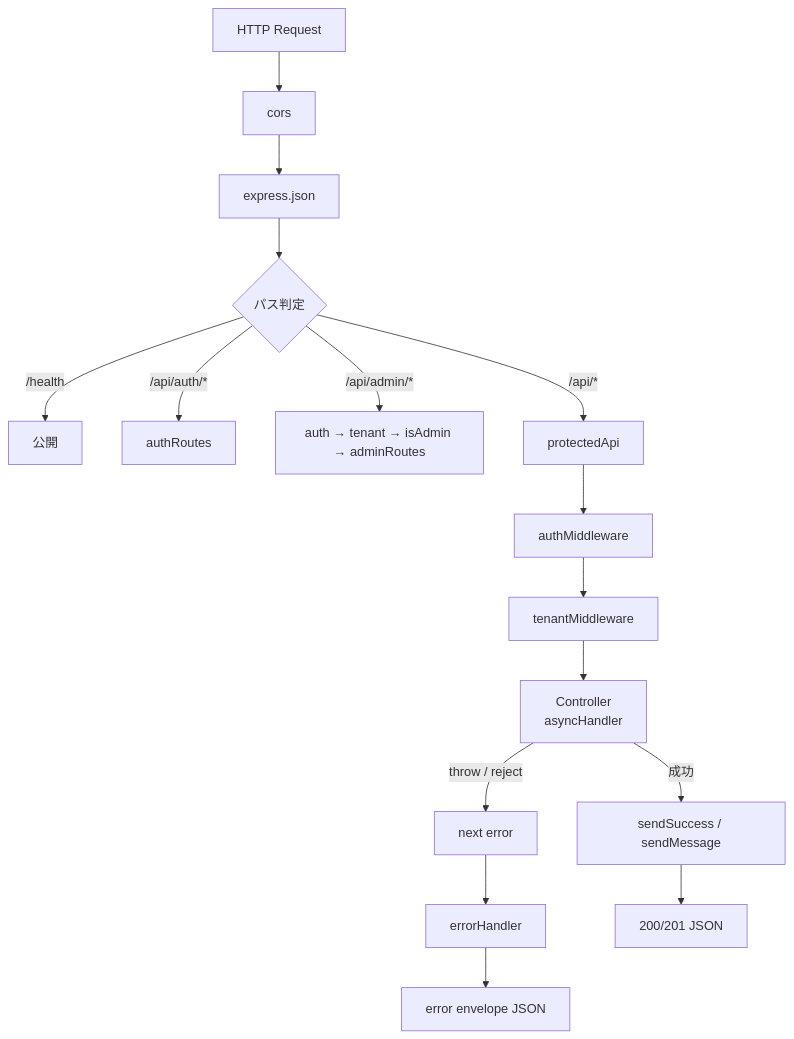
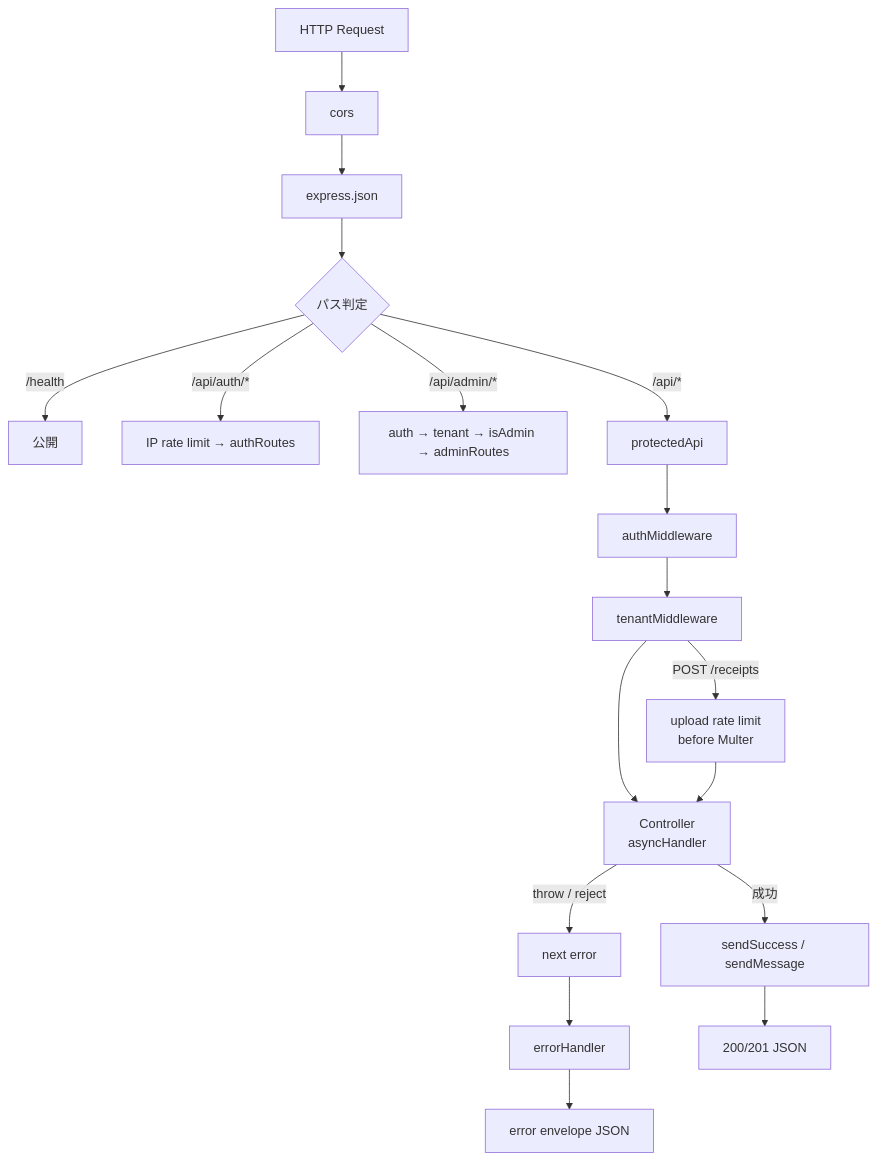
The second of 11 diagrams in docs/design/architecture.md (yama180sx/receipt-ai-app), drawn with Mermaid before and after one commit. The commit also changed other lines of this file and 15 other files, not shown here.

````diff
--- a/docs/design/architecture.md
+++ b/docs/design/architecture.md
@@ -151,21 +151,23 @@
 ```mermaid
 flowchart TB
     REQ[HTTP Request] --> CORS[cors]
     CORS --> JSON[express.json]
     JSON --> ROUTE{パス判定}
 
     ROUTE -->|/health| HEALTH[公開]
-    ROUTE -->|/api/auth/*| AUTH[authRoutes]
+    ROUTE -->|/api/auth/*| AUTH[IP rate limit → authRoutes]
     ROUTE -->|/api/admin/*| ADM[auth → tenant → isAdmin → adminRoutes]
     ROUTE -->|/api/*| PROT[protectedApi]
 
     PROT --> A1[authMiddleware]
     A1 --> T1[tenantMiddleware]
     T1 --> CTRL[Controller<br/>asyncHandler]
+    T1 -->|POST /receipts| UPLOAD_LIMIT[upload rate limit<br/>before Multer]
+    UPLOAD_LIMIT --> CTRL[Controller<br/>asyncHandler]
 
     CTRL -->|成功| OK[sendSuccess / sendMessage]
     CTRL -->|throw / reject| NEXT[next error]
     NEXT --> EH[errorHandler]
     EH --> ERR_JSON[error envelope JSON]
     OK --> RES[200/201 JSON]
 ```
````
